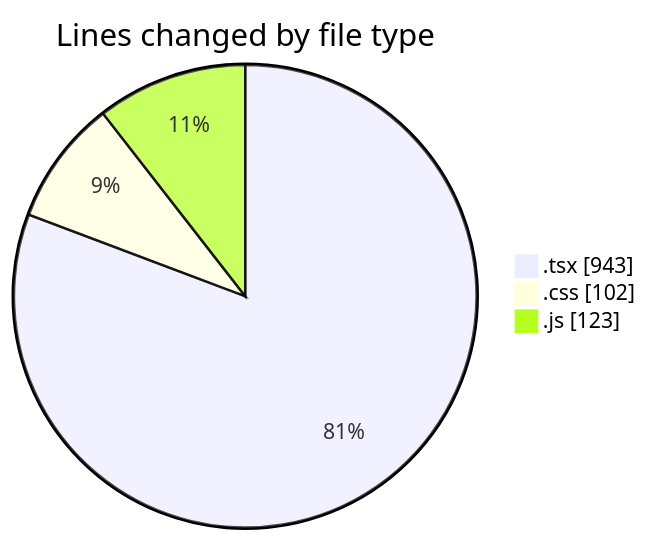
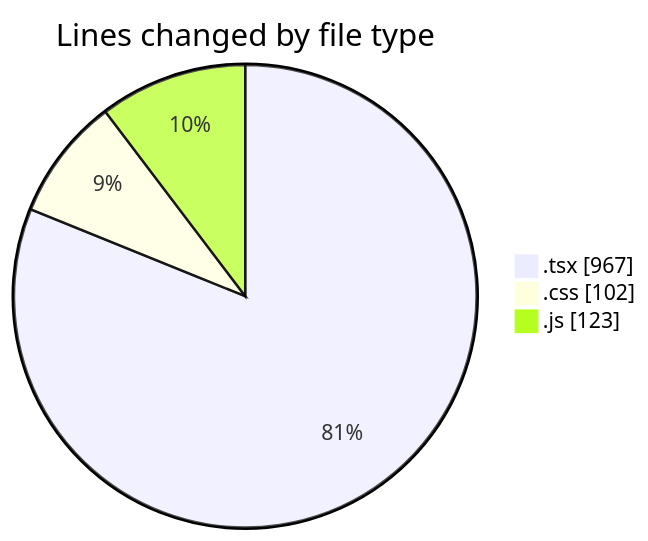
The first of 2 diagrams in 2025-01-17/mbc-web/README.md (robertbonfada/code-tracking), drawn with Mermaid before and after one commit. The commit also changed other lines of this file and 2 other files, not shown here.

````diff
--- a/2025-01-17/mbc-web/README.md
+++ b/2025-01-17/mbc-web/README.md
@@ -36,7 +36,7 @@
 ```mermaid
 pie showData
 title Lines changed by file type
-".tsx" : 943
+".tsx" : 967
 ".css" : 102
 ".js" : 123
 ```
````
